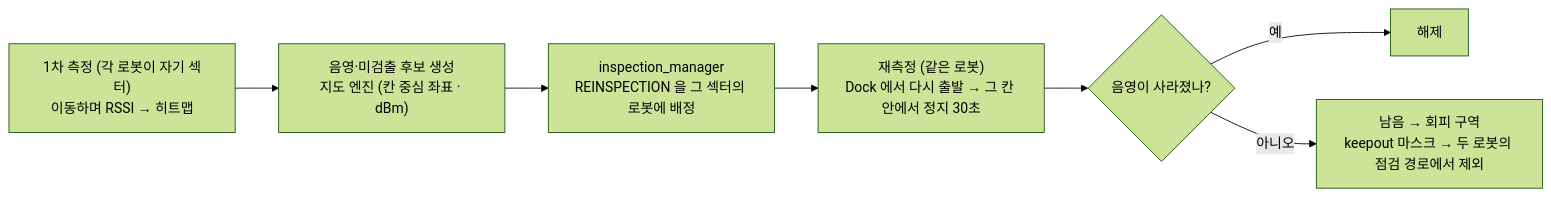
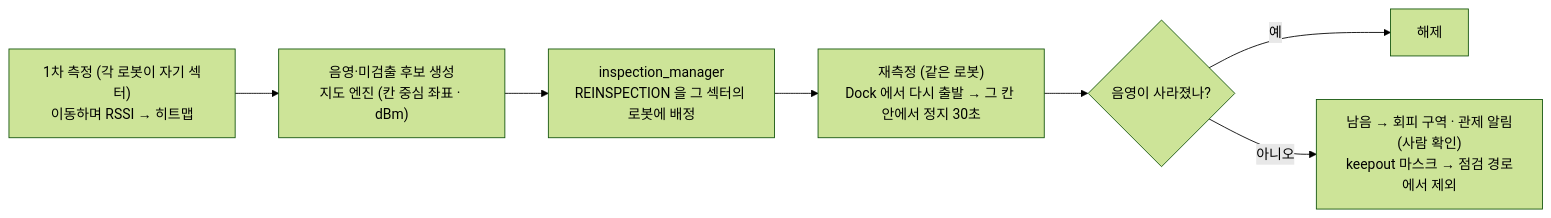
Before and after one commit to HJAE99/B_0102_Final_Project-archive: the second of 4 diagrams in docs/deliverables/process_flow.md, drawn with Mermaid (forest theme). The commit also changed other lines of this file and 11 other files, not shown here.

First line of the commit message:
docs: 두 로봇은 서로 기다리지 않음 · keepout 마스크는 시작부터 빈 것, 로봇마다 점검 단계에 · 남은 음영은 관제 알림 · 지도 벽 조각·설비 좌표 위험 · 다이어그램 문장

````diff
--- a/docs/deliverables/process_flow.md
+++ b/docs/deliverables/process_flow.md
@@ -49,9 +49,9 @@
 ```mermaid
 flowchart LR
   A["1차 측정 (각 로봇이 자기 섹터)<br>이동하며 RSSI → 히트맵"] --> B["음영·미검출 후보 생성<br>지도 엔진 (칸 중심 좌표 · dBm)"]
   B --> C["inspection_manager<br>REINSPECTION 을 그 섹터의 로봇에 배정"]
   C --> D["재측정 (같은 로봇)<br>Dock 에서 다시 출발 → 그 칸 안에서 정지 30초"]
   D --> G{"음영이 사라졌나?"}
   G -- 예 --> H["해제"]
-  G -- 아니오 --> K["남음 → 회피 구역<br>keepout 마스크 → 두 로봇의 점검 경로에서 제외"]
+  G -- 아니오 --> K["남음 → 회피 구역 · 관제 알림(사람 확인)<br>keepout 마스크 → 점검 경로에서 제외"]
 ```
````
